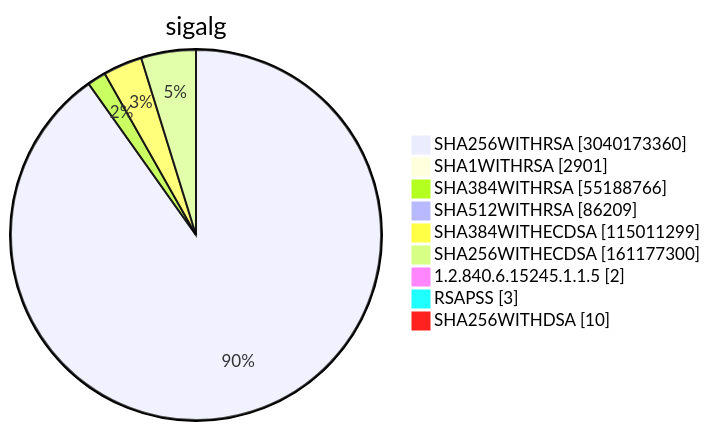
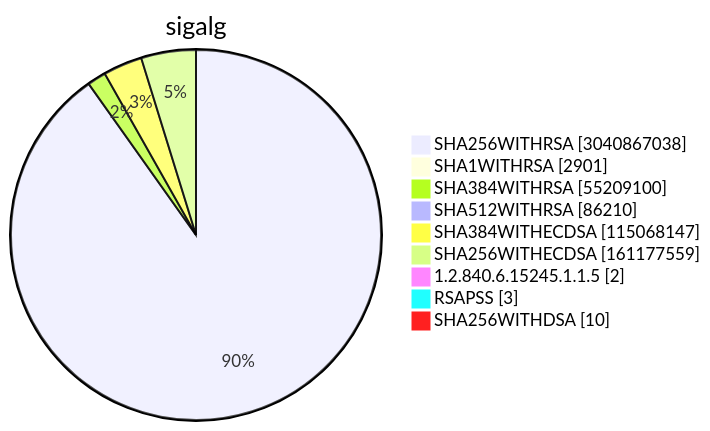
Diagram 15 of 15 in TOTAL/README.md (christiankrug/ctmonitor_visualization), drawn with Mermaid before and after one commit. The commit also changed other lines of this file, not shown here.

````diff
--- a/TOTAL/README.md
+++ b/TOTAL/README.md
@@ -6208,13 +6208,13 @@
 ```mermaid
 pie showData
 title sigalg
-"SHA256WITHRSA" :3040173360
+"SHA256WITHRSA" :3040867038
 "SHA1WITHRSA" :2901
-"SHA384WITHRSA" :55188766
-"SHA512WITHRSA" :86209
-"SHA384WITHECDSA" :115011299
-"SHA256WITHECDSA" :161177300
+"SHA384WITHRSA" :55209100
+"SHA512WITHRSA" :86210
+"SHA384WITHECDSA" :115068147
+"SHA256WITHECDSA" :161177559
 "1.2.840.6.15245.1.1.5" :2
 "RSAPSS" :3
 "SHA256WITHDSA" :10
 ```
````
